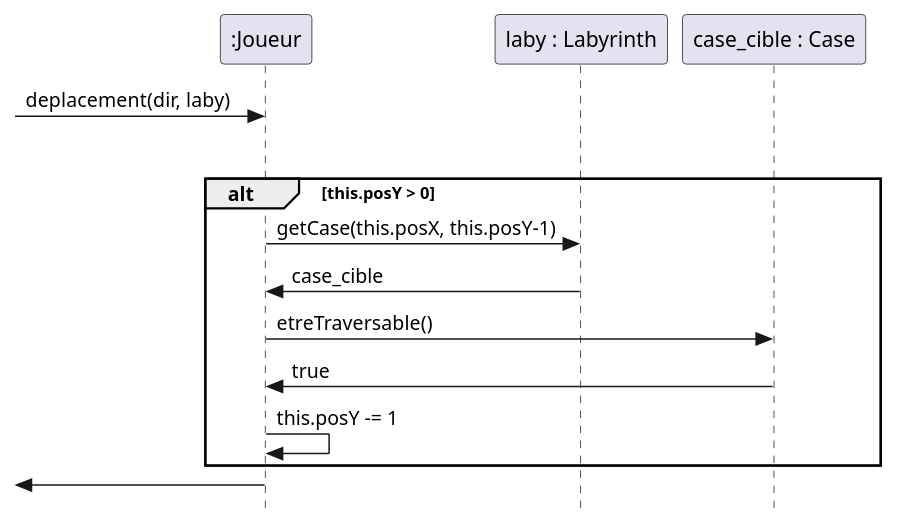
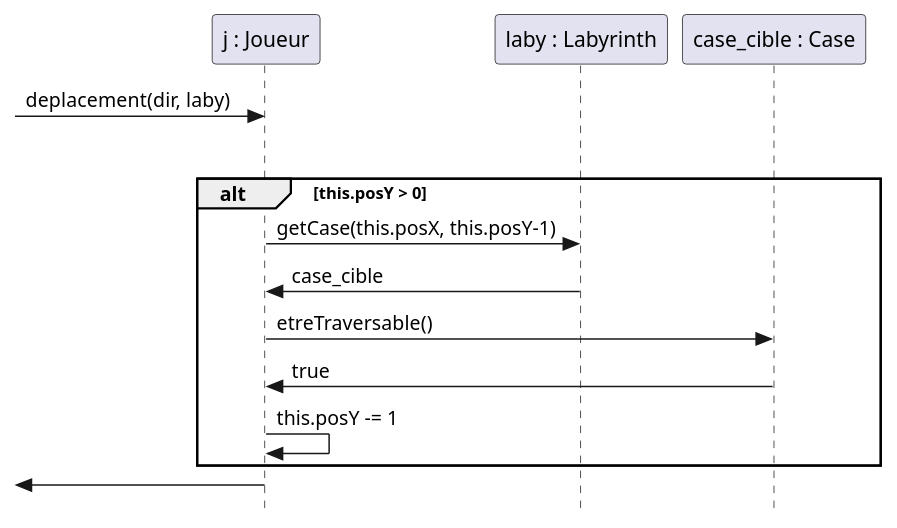
Before and after one commit to Zayd54500/2026_COO_Zeldiablo_ZB_VJ_HD_MM: the diagram in projet_zeldiablo/documents/version_2/DiagrammeSequenceMurEtreTraversable.puml, drawn with PlantUML.

Commit message:
Modification diagramme séquence

```diff
--- a/projet_zeldiablo/documents/version_2/DiagrammeSequenceMurEtreTraversable.puml
+++ b/projet_zeldiablo/documents/version_2/DiagrammeSequenceMurEtreTraversable.puml
@@ -1,25 +1,23 @@
 @startuml
 hide footbox
 skinparam style strictuml
 
-participant ":Joueur" as J
+participant "j : Joueur" as J
 participant "laby : Labyrinth" as L
 participant "case_cible : Case" as C
 
 -> J : deplacement(dir, laby)
 
 alt dir == 'N'
     alt this.posY > 0
         J -> L : getCase(this.posX, this.posY-1)
         L -> J : case_cible
-        
         J -> C : etreTraversable()
         C -> J : true
-        
         J -> J : this.posY -= 1
     end
     
 
 <- J : 
 
 @enduml
```
